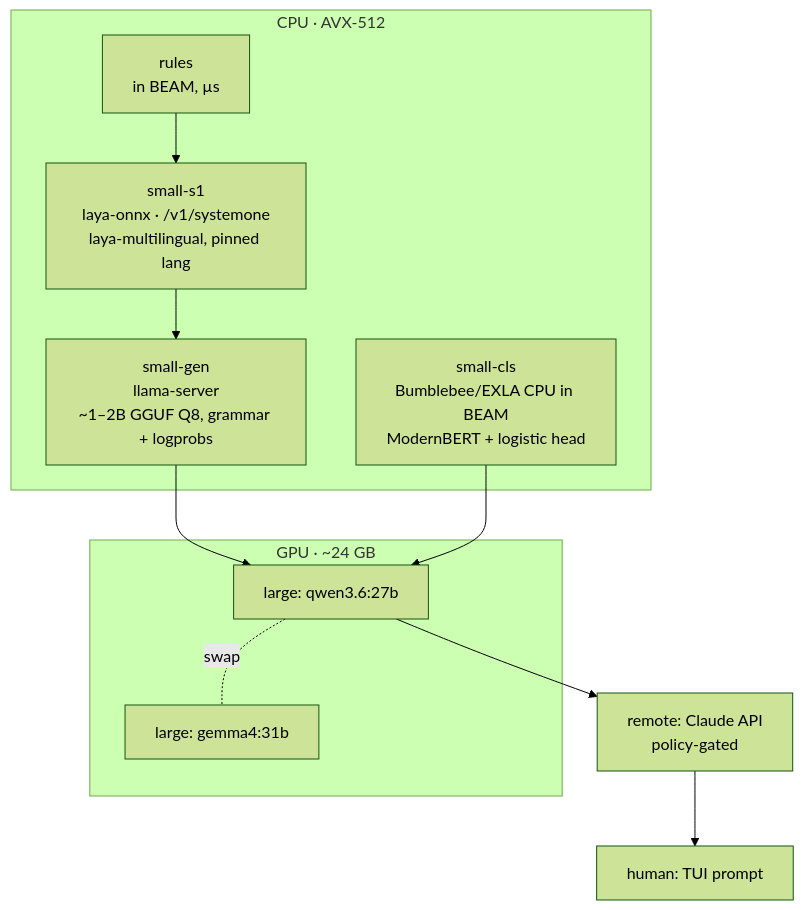
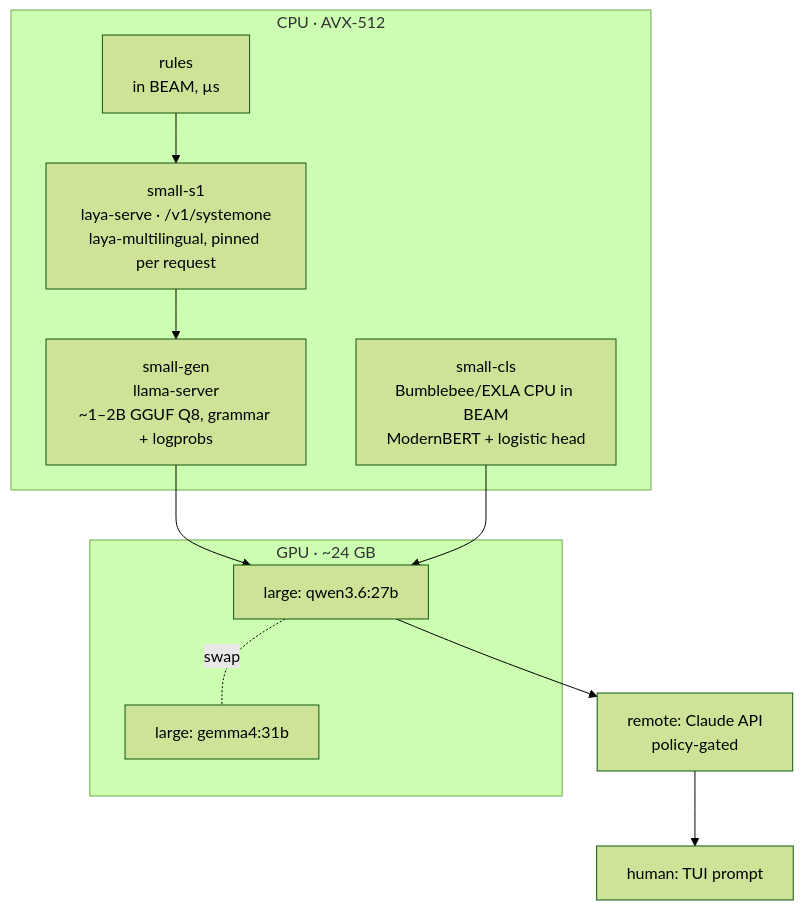
The diagram in docs/architecture/09-reference-deployment.md (romeroabelleira/xeito), drawn with Mermaid (forest theme) before and after one commit. The commit also changed other lines of this file and 9 other files, not shown here.

````diff
--- a/docs/architecture/09-reference-deployment.md
+++ b/docs/architecture/09-reference-deployment.md
@@ -20,19 +20,19 @@
 ```mermaid
 flowchart TB
   subgraph cpu[CPU · AVX-512]
     R[rules<br/>in BEAM, µs]
-    S0[small-s1<br/>laya-onnx · /v1/systemone<br/>laya-multilingual, pinned lang]
+    S0[small-s1<br/>laya-serve · /v1/systemone<br/>laya-multilingual, pinned per request]
     S1[small-gen<br/>llama-server<br/>~1–2B GGUF Q8, grammar + logprobs]
     S2[small-cls<br/>Bumblebee/EXLA CPU in BEAM<br/>ModernBERT + logistic head]
   end
   subgraph gpu[GPU · ~24 GB]
     L1[large: qwen3.6:27b]
     L2[large: gemma4:31b]
   end
   X[remote: Claude API<br/>policy-gated]
   H[human: TUI prompt]
   R --> S0 --> S1 --> L1
   S2 --> L1
   L1 -. swap .- L2
   L1 --> X --> H
 ```
````
